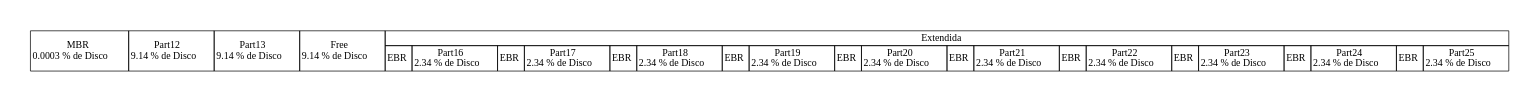
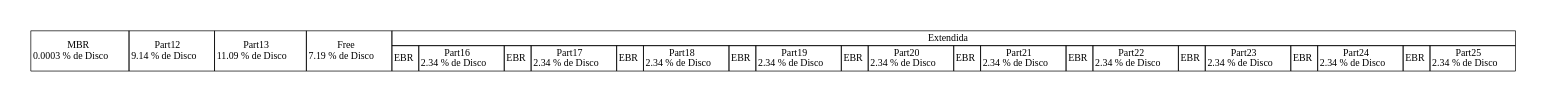
The diagram in disk_report.dot (MacoChave/DiskParted), drawn with Graphviz before and after one commit. The commit also changed 7 other files, not shown here.

```diff
--- a/disk_report.dot
+++ b/disk_report.dot
@@ -1,38 +1,38 @@
 digraph {
 	graph[pad="0.5", nodesep="0.5", ranksep="2"]
 	node [shape = plain]
 	rankdir = LR
 	DISK [label=<
 		<table border="0" cellborder="1" cellspacing="0">
 			<tr>
 				<td rowspan="2">MBR<br/>0.0003 % de Disco</td>
 				<td rowspan="2">Part12<br/>9.14 % de Disco</td>
-				<td rowspan="2">Part13<br/>9.14 % de Disco</td>
-				<td rowspan="2">Free<br/>9.14 % de Disco</td>
+				<td rowspan="2">Part13<br/>11.09 % de Disco</td>
+				<td rowspan="2">Free<br/>7.19 % de Disco</td>
 				<td colspan="20">Extendida</td>
 			</tr>
 			<tr>
 				<td>EBR</td>
 				<td>Part16<br/>2.34 % de Disco</td>
 				<td>EBR</td>
 				<td>Part17<br/>2.34 % de Disco</td>
 				<td>EBR</td>
 				<td>Part18<br/>2.34 % de Disco</td>
 				<td>EBR</td>
 				<td>Part19<br/>2.34 % de Disco</td>
 				<td>EBR</td>
 				<td>Part20<br/>2.34 % de Disco</td>
 				<td>EBR</td>
 				<td>Part21<br/>2.34 % de Disco</td>
 				<td>EBR</td>
 				<td>Part22<br/>2.34 % de Disco</td>
 				<td>EBR</td>
 				<td>Part23<br/>2.34 % de Disco</td>
 				<td>EBR</td>
 				<td>Part24<br/>2.34 % de Disco</td>
 				<td>EBR</td>
 				<td>Part25<br/>2.34 % de Disco</td>
 			</tr>
 		</table>
 	>]
 }
```
